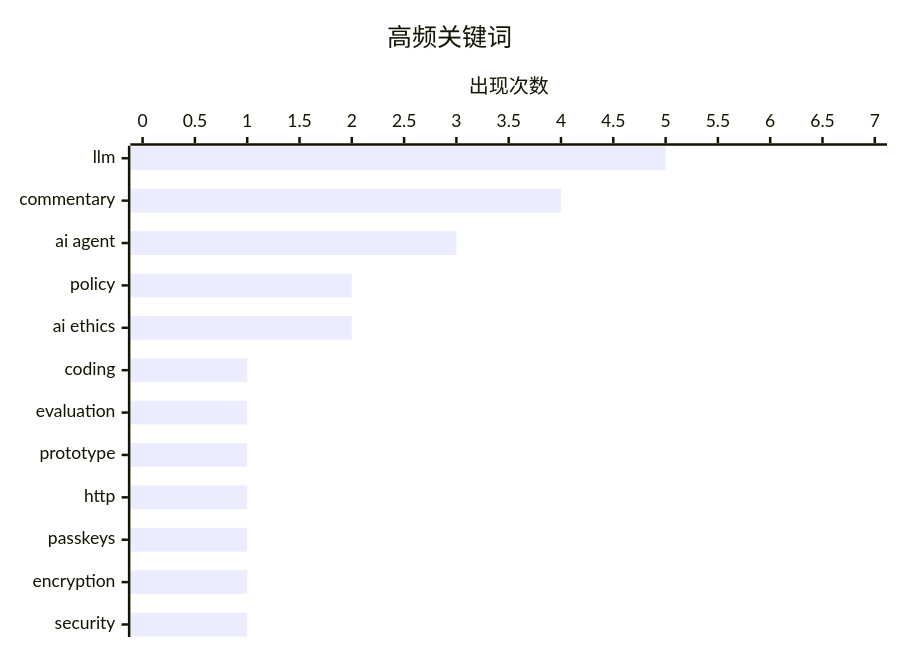
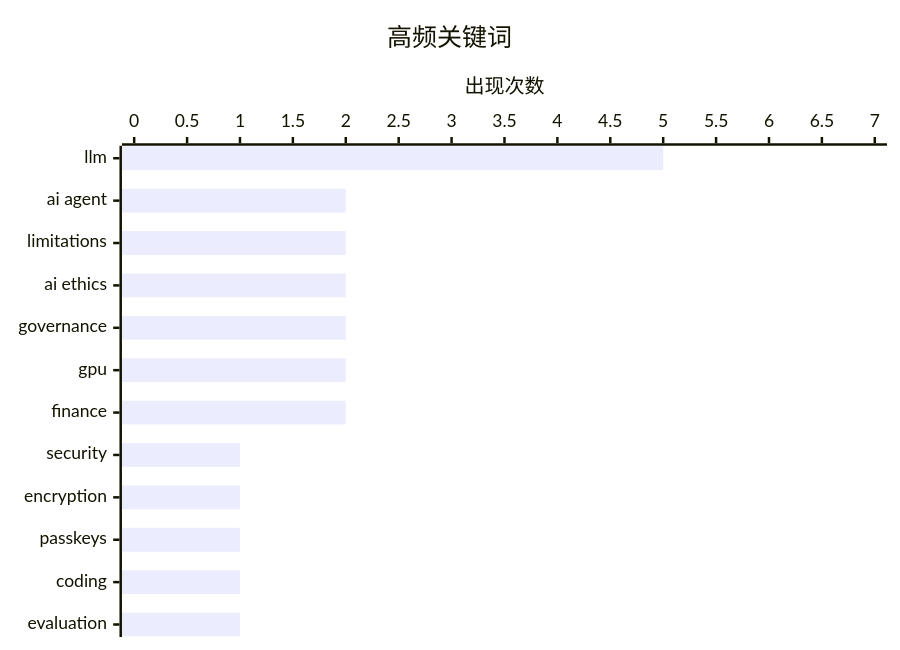
Before and after one commit to MirrMeur/ai-daily-digest: the second of 2 diagrams in digests/digest-20260228.md, drawn with Mermaid. The commit also changed other lines of this file, not shown here.

````diff
--- a/digests/digest-20260228.md
+++ b/digests/digest-20260228.md
@@ -82,7 +82,7 @@
 ```mermaid
 xychart-beta horizontal
     title "高频关键词"
-    x-axis ["llm", "commentary", "ai agent", "policy", "ai ethics", "coding", "evaluation", "prototype", "http", "passkeys", "encryption", "security"]
+    x-axis ["llm", "ai agent", "limitations", "ai ethics", "governance", "gpu", "finance", "security", "encryption", "passkeys", "coding", "evaluation"]
     y-axis "出现次数" 0 --> 7
-    bar [5, 4, 3, 2, 2, 1, 1, 1, 1, 1, 1, 1]
+    bar [5, 2, 2, 2, 2, 2, 2, 1, 1, 1, 1, 1]
 ```
````
